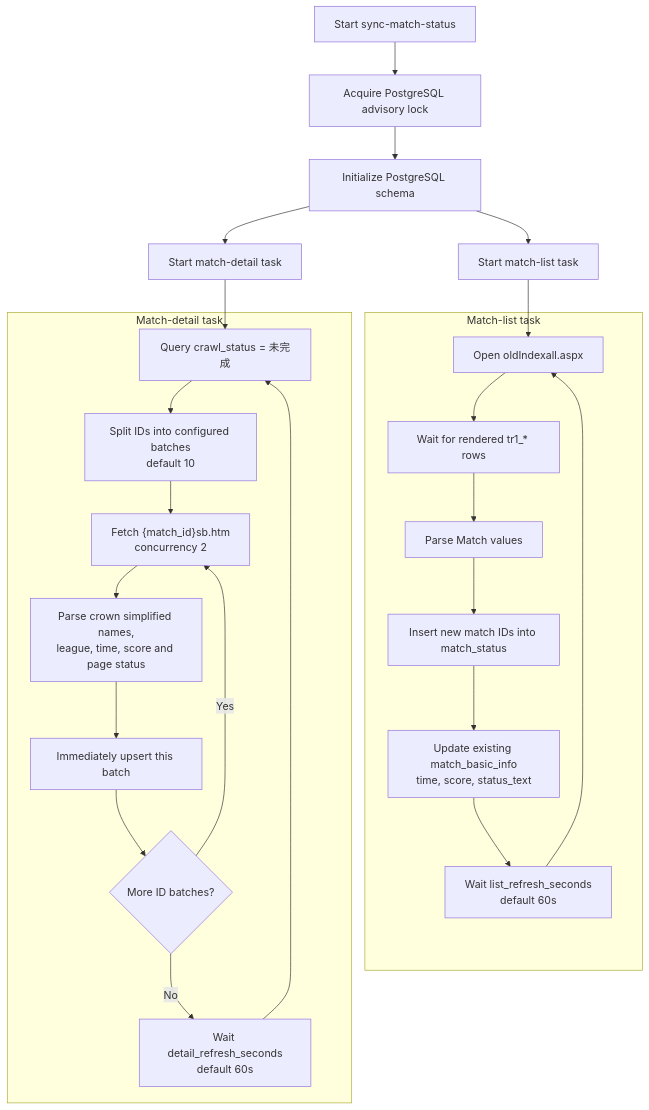
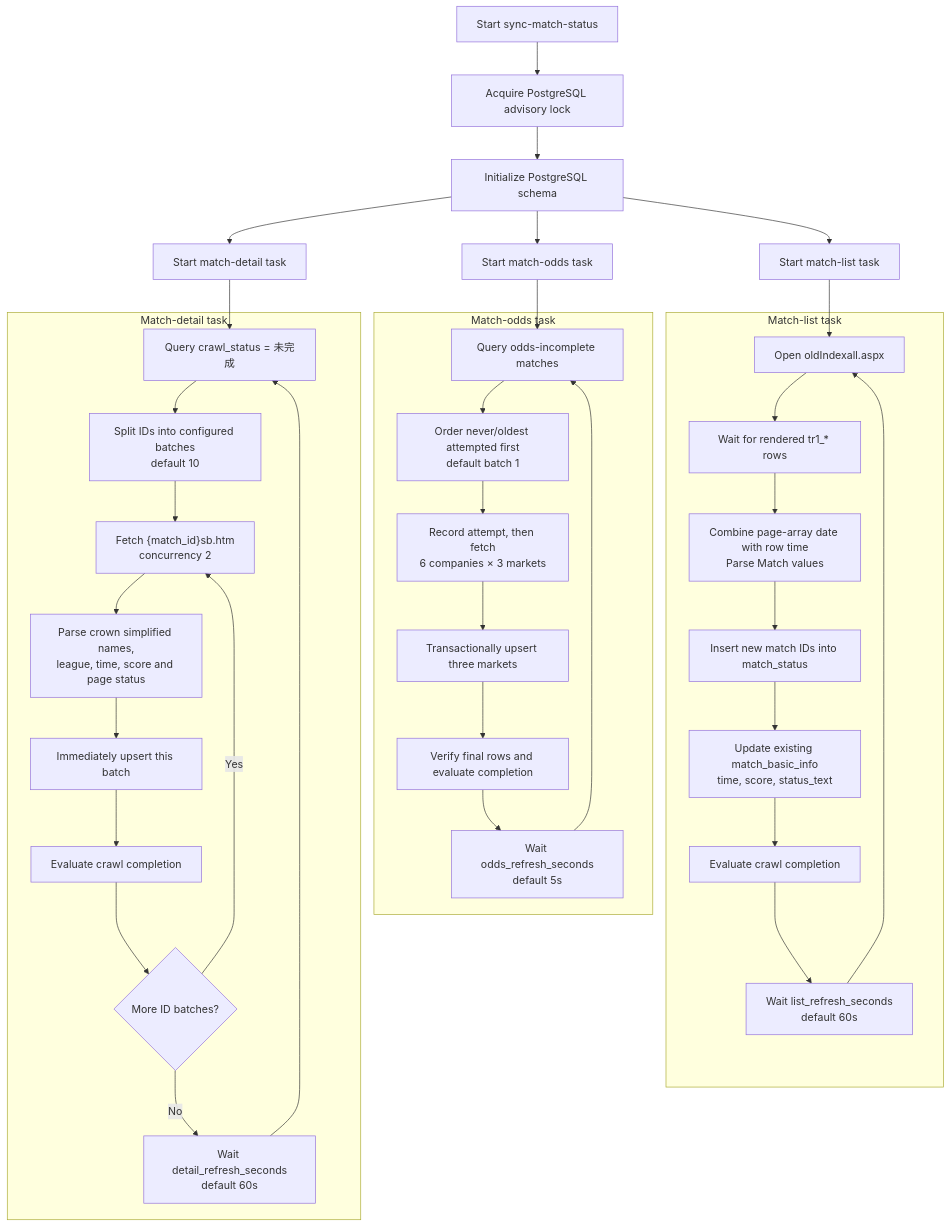
One commit to adam-zou/football2607 changed the second of 4 diagrams in docs/architecture/code-flow.md. Above: the diagram before and after it, drawn with Mermaid. The commit also changed other lines of this file and 36 other files, not shown here.

````diff
--- a/docs/architecture/code-flow.md
+++ b/docs/architecture/code-flow.md
@@ -49,30 +57,43 @@
 ```mermaid
 flowchart TD
     Start["Start sync-match-status"] --> Lock["Acquire PostgreSQL advisory lock"]
     Lock --> Init["Initialize PostgreSQL schema"]
     Init --> StartList["Start match-list task"]
     Init --> StartDetail["Start match-detail task"]
+    Init --> StartOdds["Start match-odds task"]
 
     subgraph ListTask["Match-list task"]
         L1["Open oldIndexall.aspx"] --> L2["Wait for rendered tr1_* rows"]
-        L2 --> L3["Parse Match values"]
+        L2 --> L3["Combine page-array date with row time<br/>Parse Match values"]
         L3 --> L4["Insert new match IDs into match_status"]
         L4 --> L5["Update existing match_basic_info<br/>time, score, status_text"]
-        L5 --> L6["Wait list_refresh_seconds<br/>default 60s"]
-        L6 --> L1
+        L5 --> L6["Evaluate crawl completion"]
+        L6 --> L7["Wait list_refresh_seconds<br/>default 60s"]
+        L7 --> L1
+    end
+
+    subgraph OddsTask["Match-odds task"]
+        O1["Query odds-incomplete matches"] --> O2["Order never/oldest attempted first<br/>default batch 1"]
+        O2 --> O3["Record attempt, then fetch<br/>6 companies × 3 markets"]
+        O3 --> O4["Transactionally upsert three markets"]
+        O4 --> O5["Verify final rows and evaluate completion"]
+        O5 --> O6["Wait odds_refresh_seconds<br/>default 5s"]
+        O6 --> O1
     end
 
     subgraph DetailTask["Match-detail task"]
         D1["Query crawl_status = 未完成"] --> D2["Split IDs into configured batches<br/>default 10"]
         D2 --> D3["Fetch {match_id}sb.htm<br/>concurrency 2"]
         D3 --> D4["Parse crown simplified names,<br/>league, time, score and page status"]
         D4 --> D5["Immediately upsert this batch"]
-        D5 --> D6{"More ID batches?"}
-        D6 -->|Yes| D3
-        D6 -->|No| D7["Wait detail_refresh_seconds<br/>default 60s"]
-        D7 --> D1
+        D5 --> D6["Evaluate crawl completion"]
+        D6 --> D7{"More ID batches?"}
+        D7 -->|Yes| D3
+        D7 -->|No| D8["Wait detail_refresh_seconds<br/>default 60s"]
+        D8 --> D1
     end
 
     StartList --> L1
     StartDetail --> D1
+    StartOdds --> O1
 ```
````
